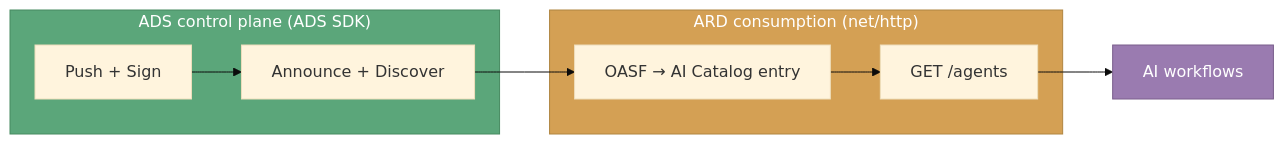
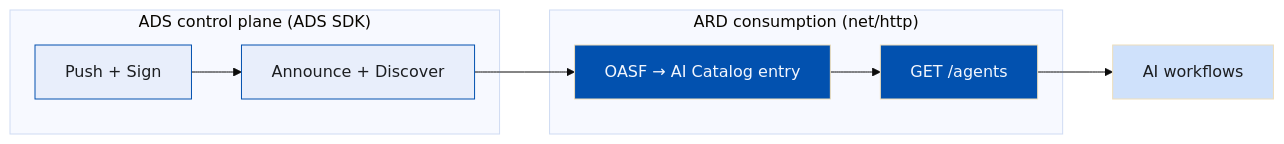
The third of 3 diagrams in _posts/2026-06-17-ai-catalog-over-directory.md (agntcy/blogs), drawn with Mermaid (base theme) before and after one commit. The commit also changed other lines of this file, not shown here.

````diff
--- a/_posts/2026-06-17-ai-catalog-over-directory.md
+++ b/_posts/2026-06-17-ai-catalog-over-directory.md
@@ -386,16 +414,18 @@
 ```mermaid
 flowchart LR
     subgraph Control["ADS control plane (ADS SDK)"]
         PUSH["Push + Sign"]
         INDEX["Announce + Discover"]
     end
     subgraph Consume["ARD consumption (net/http)"]
         SEARCH["GET /agents"]
         PROJECT["OASF → AI Catalog entry"]
     end
     PUSH --> INDEX --> PROJECT --> SEARCH --> ORCH["AI workflows"]
 
-    style Control fill:#5ba67a,stroke:#478a60,color:#fff
-    style Consume fill:#d4a054,stroke:#b08540,color:#fff
-    style ORCH fill:#9a7bb0,stroke:#7a5f8c,color:#fff
+    style PUSH fill:#e8eefb,stroke:#0251af,color:#1c1e21
+    style INDEX fill:#e8eefb,stroke:#0251af,color:#1c1e21
+    style SEARCH fill:#0251af,color:#f3f6fd
+    style PROJECT fill:#0251af,color:#f3f6fd
+    style ORCH fill:#cfe1fb,color:#1c1e21
 ```
````
